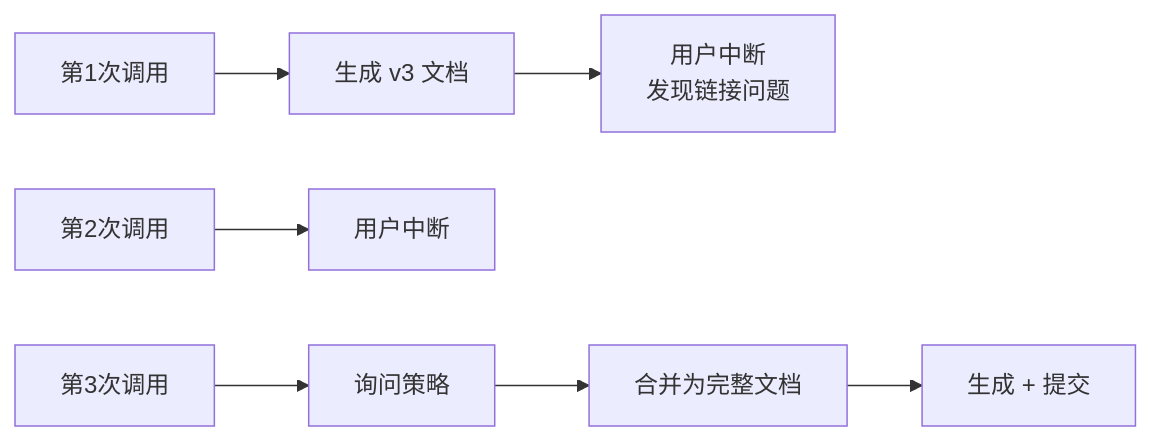
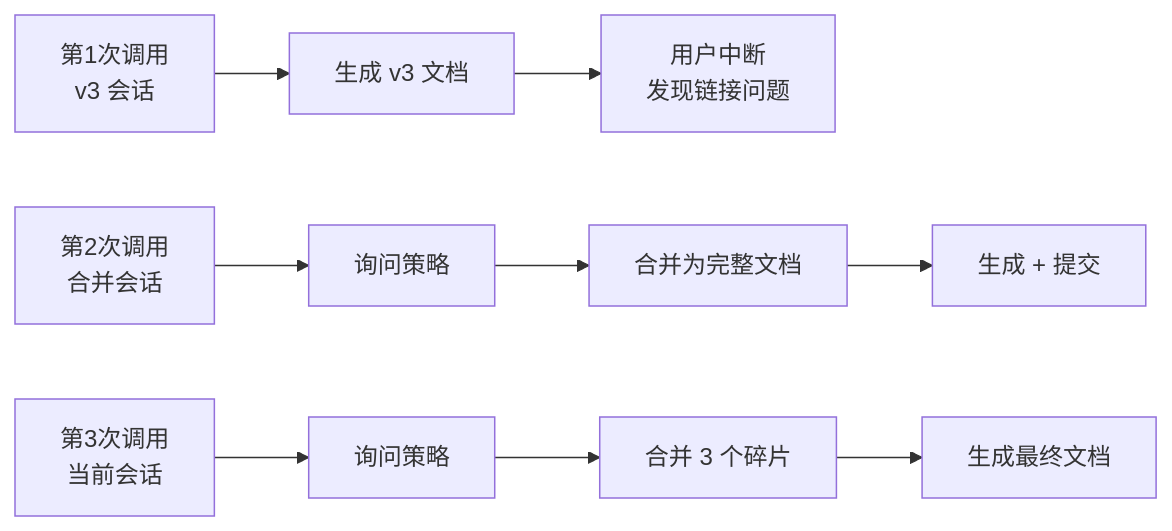
Before and after one commit to chujun/aiubuntu1-sh: the third of 8 diagrams in doc/ai-explore/2026-04-11-my-explore-doc-record技能优化实践探索之旅.md, drawn with Mermaid. The commit also changed other lines of this file and 2 other files, not shown here.

````diff
--- a/doc/ai-explore/2026-04-11-my-explore-doc-record技能优化实践探索之旅.md
+++ b/doc/ai-explore/2026-04-11-my-explore-doc-record技能优化实践探索之旅.md
@@ -154,9 +173,11 @@
 ```mermaid
 flowchart LR
-    A["第1次调用"] --> B["生成 v3 文档"]
+    A["第1次调用<br/>v3 会话"] --> B["生成 v3 文档"]
     B --> C["用户中断<br/>发现链接问题"]
-    D["第2次调用"] --> E["用户中断"]
-    F["第3次调用"] --> G["询问策略"]
-    G --> H["合并为完整文档"]
-    H --> I["生成 + 提交"]
+    D["第2次调用<br/>合并会话"] --> E["询问策略"]
+    E --> F["合并为完整文档"]
+    F --> G["生成 + 提交"]
+    H["第3次调用<br/>当前会话"] --> I["询问策略"]
+    I --> J["合并 3 个碎片"]
+    J --> K["生成最终文档"]
 ```
````
